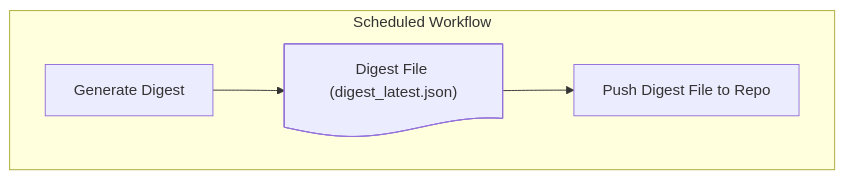
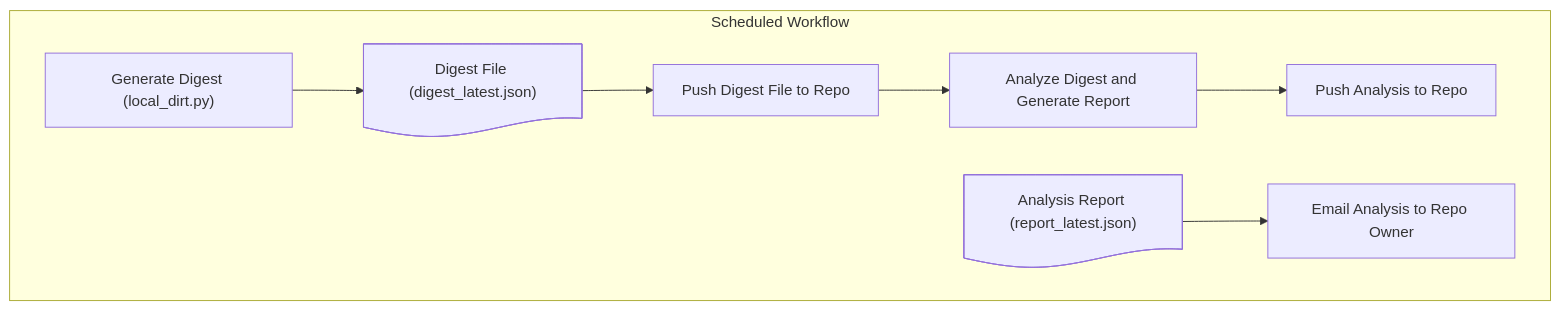
The diagram in README.md (hoosierjay/local-dirt), drawn with Mermaid before and after one commit.

Commit message:
Update process flow diagram in README.md

````diff
--- a/README.md
+++ b/README.md
@@ -30,10 +30,17 @@
 ```mermaid
 flowchart TD
   subgraph Scheduled Workflow
-    Step4.1[Generate Digest]
+    Step4.1@{ shape: rect, label: "Generate Digest (local_dirt.py)" }
     Step4.2@{ shape: doc, label: "Digest File (digest_latest.json)" }
-    Step5.1[Push Digest File to Repo]
+    Step5.1@{ shape: rect, label: "Push Digest File to Repo" }
+    Step6.1@{ shape: rect, label: "Analyze Digest and Generate Report" }
+    Step6.2@{ shape: doc, label: "Analysis Report (report_latest.json)" }
+    Step7.1@{ shape: rect, label: "Push Analysis to Repo" }
+    Step8.1@{ shape: rect, label: "Email Analysis to Repo Owner" }
   end
   Step4.1 --> Step4.2
   Step4.2 --> Step5.1
+  Step5.1 --> Step6.1
+  Step6.1 --> Step7.1
+  Step6.2 --> Step8.1
 ```
````
